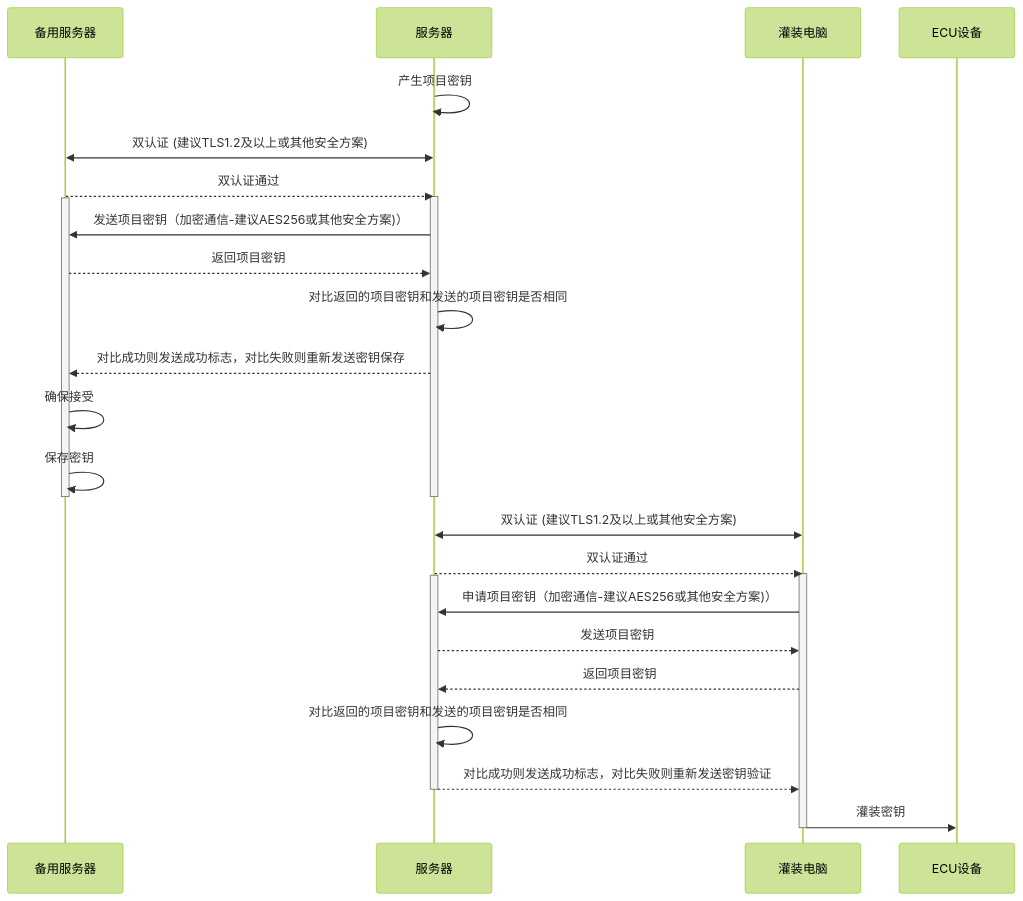
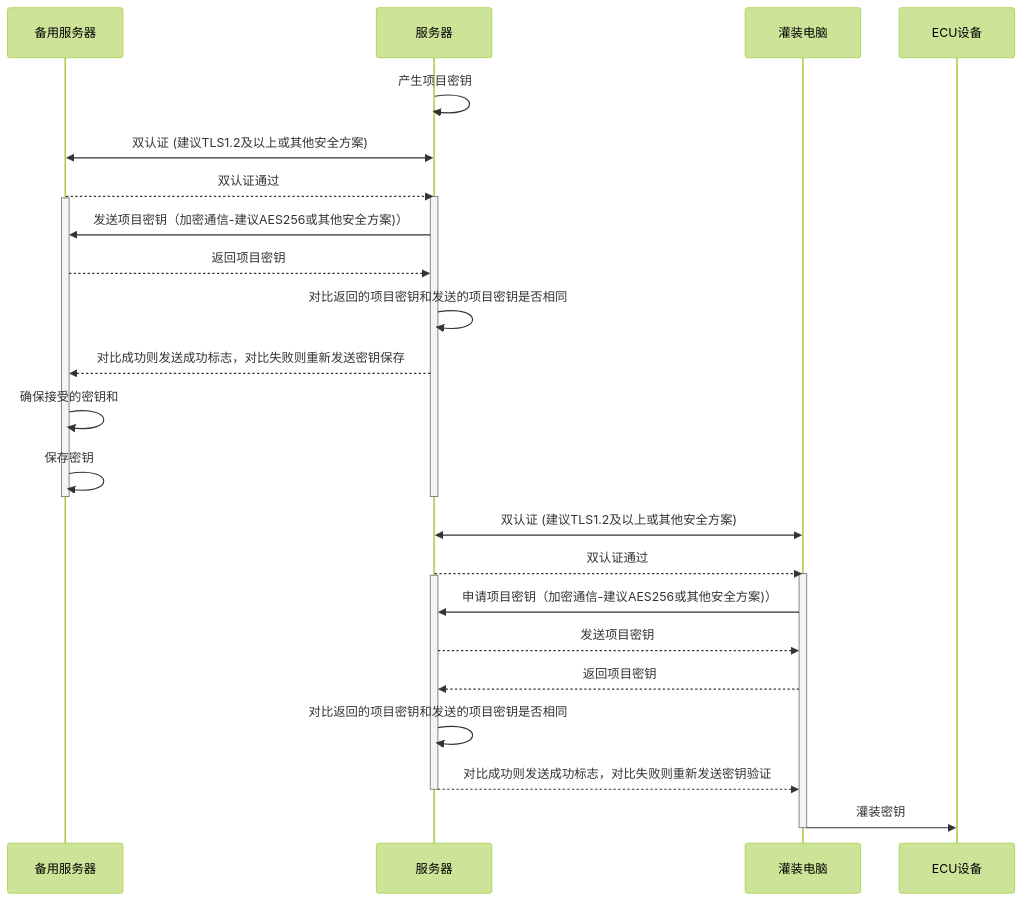
Before and after one commit to facebook-cloud/iodraw-files: the diagram in all/未命名-10.md, drawn with Mermaid (forest theme).

Commit message:
2026-01-23 13:40:55 update

````diff
--- a/all/未命名-10.md
+++ b/all/未命名-10.md
@@ -1,36 +1,36 @@
 ```mermaid
 sequenceDiagram
     participant B as 备用服务器
     participant A as 服务器
     participant C as 灌装电脑
     participant D as ECU设备
 
     A->>A: 产生项目密钥
     A<<->>B: 双认证 (建议TLS1.2及以上或其他安全方案)
     B-->>A: 双认证通过
     activate A
     activate B
     A->>B: 发送项目密钥（加密通信-建议AES256或其他安全方案)）
     B-->>A: 返回项目密钥
 
     A->>A: 对比返回的项目密钥和发送的项目密钥是否相同
     A-->>B: 对比成功则发送成功标志，对比失败则重新发送密钥保存
-    B->>B: 确保接受
+    B->>B: 确保接受的密钥和
     B->>B: 保存密钥
     deactivate B
     deactivate A
 
     C<<->>A: 双认证 (建议TLS1.2及以上或其他安全方案)
     A-->>C: 双认证通过
     activate C
     activate A
     C->>A: 申请项目密钥（加密通信-建议AES256或其他安全方案)）
     A-->>C: 发送项目密钥
     C-->>A: 返回项目密钥
     A->>A: 对比返回的项目密钥和发送的项目密钥是否相同
     A-->>C: 对比成功则发送成功标志，对比失败则重新发送密钥验证
     deactivate A
     C->>D: 灌装密钥
     deactivate C
 
 ```
````
